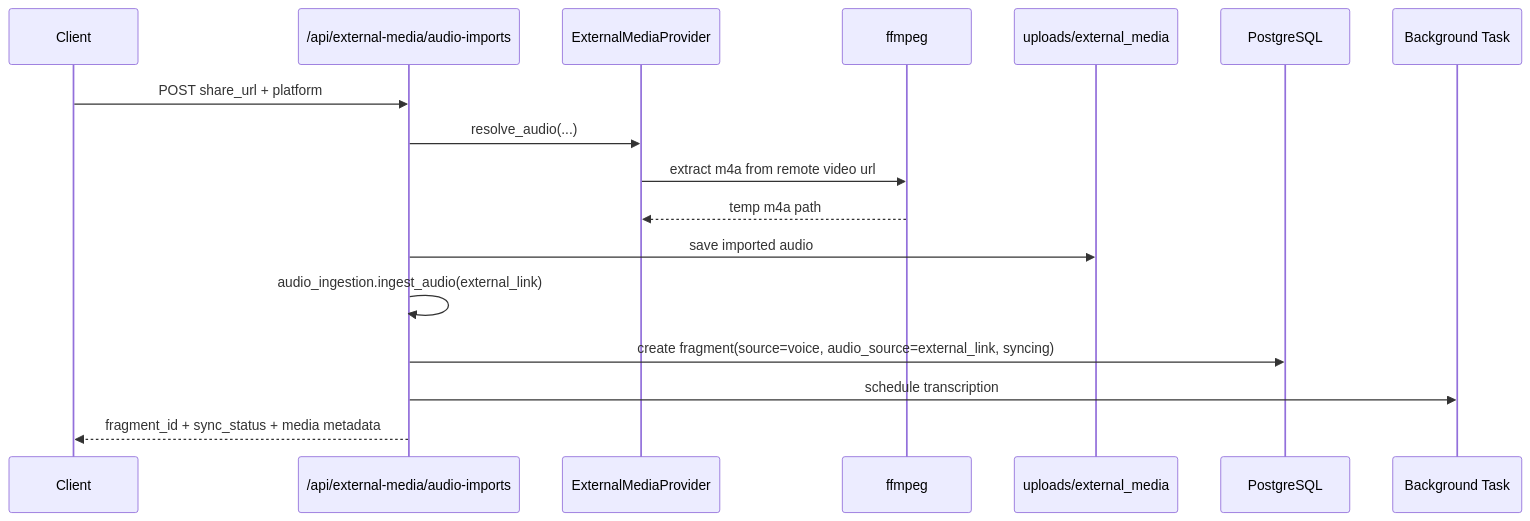
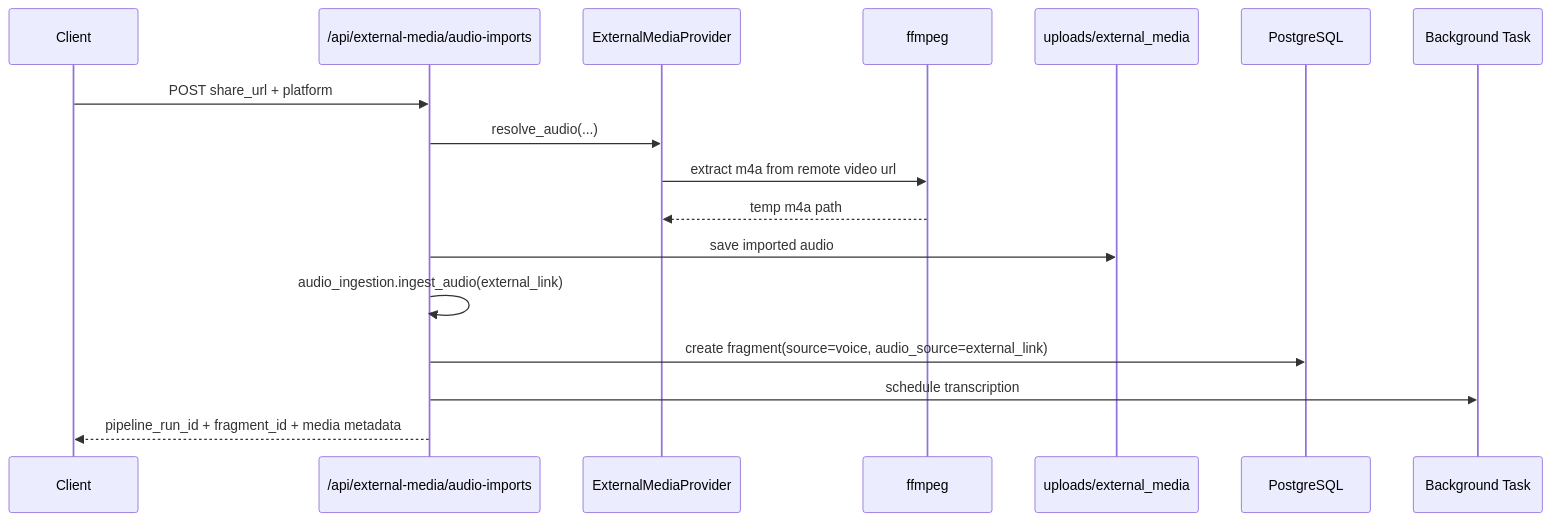
One commit to YCZA2/SparkFlow changed the fifth of 9 diagrams in memory-bank/architecture.md. Above: the diagram before and after it, drawn with Mermaid. The commit also changed other lines of this file and 31 other files, not shown here.

````diff
--- a/memory-bank/architecture.md
+++ b/memory-bank/architecture.md
@@ -271,20 +271,20 @@
 ```mermaid
 sequenceDiagram
     participant App as Client
     participant API as /api/external-media/audio-imports
     participant Provider as ExternalMediaProvider
     participant FF as ffmpeg
     participant FS as uploads/external_media
     participant DB as PostgreSQL
     participant BG as Background Task
 
     App->>API: POST share_url + platform
     API->>Provider: resolve_audio(...)
     Provider->>FF: extract m4a from remote video url
     FF-->>Provider: temp m4a path
     API->>FS: save imported audio
     API->>API: audio_ingestion.ingest_audio(external_link)
-    API->>DB: create fragment(source=voice, audio_source=external_link, syncing)
+    API->>DB: create fragment(source=voice, audio_source=external_link)
     API->>BG: schedule transcription
-    API-->>App: fragment_id + sync_status + media metadata
+    API-->>App: pipeline_run_id + fragment_id + media metadata
 ```
````
